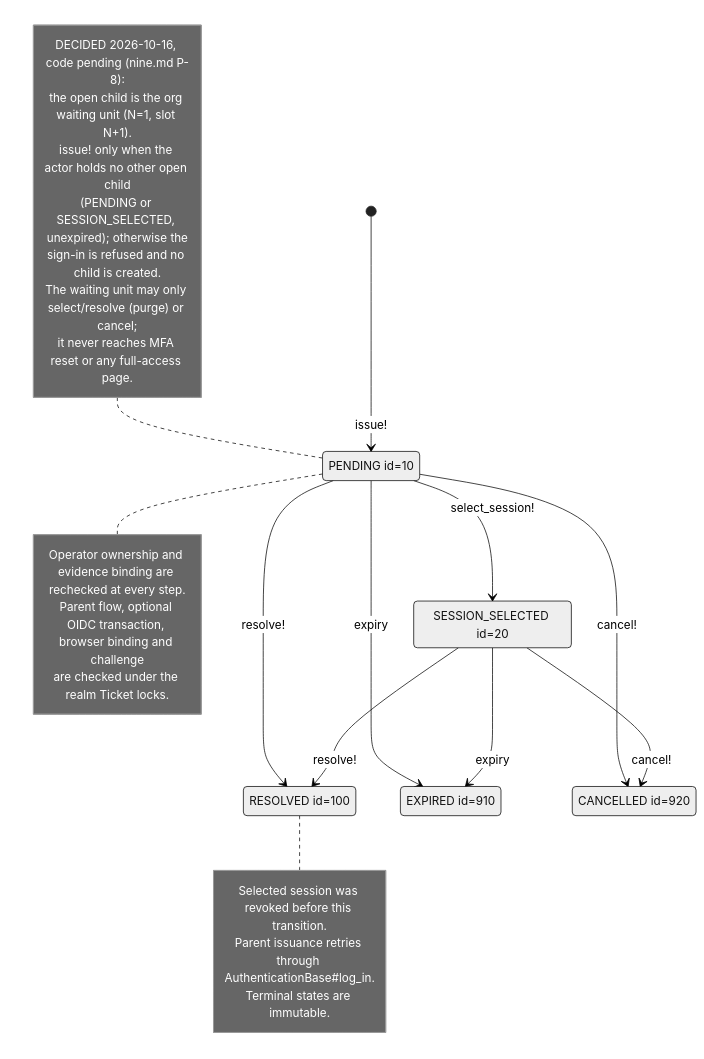
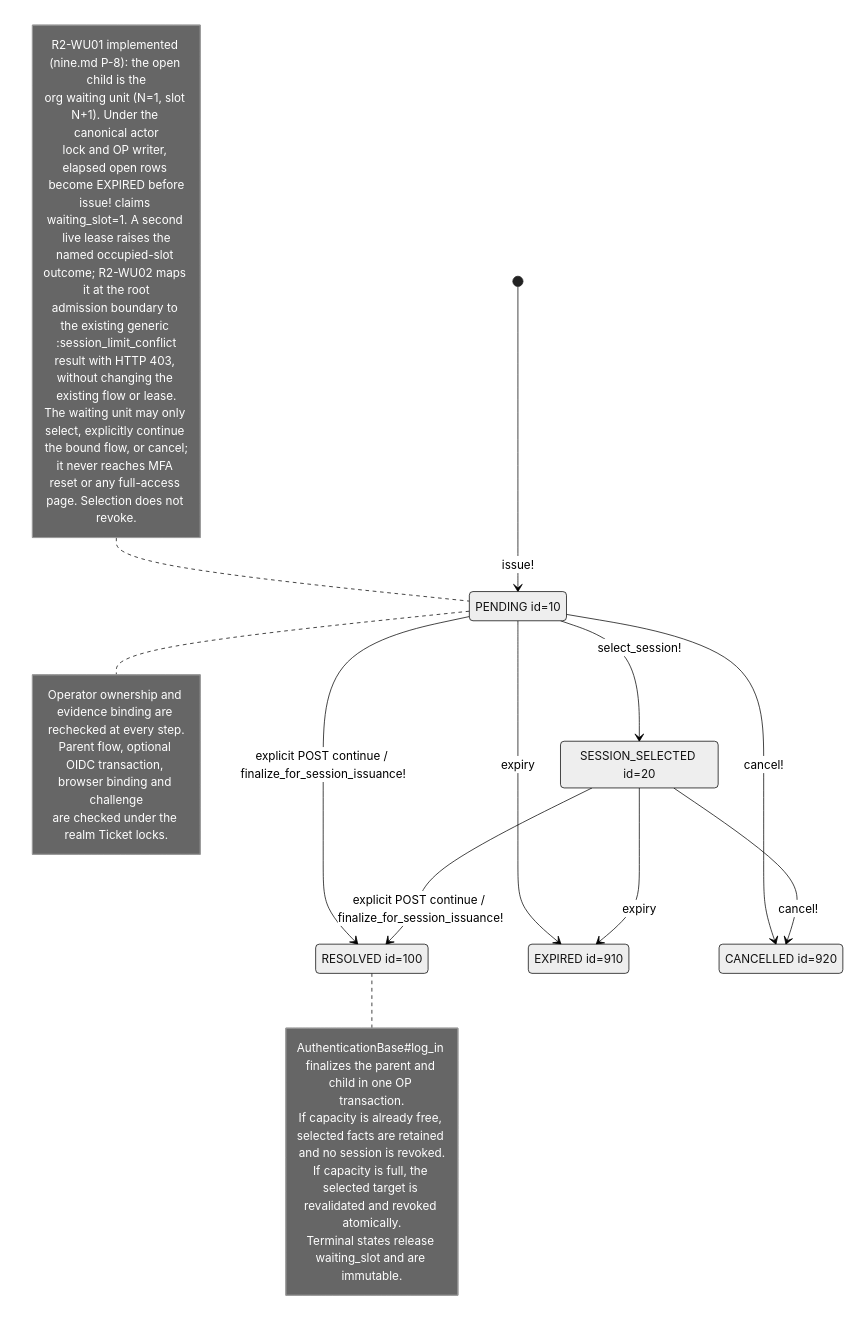
The diagram in docs/mermaid/idp-operator-session-limit-resolution.mmd (seahal/umaxica-apps-jit-global), drawn with Mermaid (neutral theme) before and after one commit. The commit also changed 1700 other files, not shown here.

```diff
--- a/docs/mermaid/idp-operator-session-limit-resolution.mmd
+++ b/docs/mermaid/idp-operator-session-limit-resolution.mmd
@@ -1,36 +1,39 @@
 stateDiagram-v2
     %% Durable child of OperatorSignInFlow; the parent stays SESSION_ISSUANCE_PENDING.
     state "PENDING id=10" as PENDING
     state "SESSION_SELECTED id=20" as SESSION_SELECTED
     state "RESOLVED id=100" as RESOLVED
     state "EXPIRED id=910" as EXPIRED
     state "CANCELLED id=920" as CANCELLED
 
     [*] --> PENDING: issue!
     PENDING --> SESSION_SELECTED: select_session!
-    PENDING --> RESOLVED: resolve!
+    PENDING --> RESOLVED: explicit POST continue / finalize_for_session_issuance!
     PENDING --> EXPIRED: expiry
     PENDING --> CANCELLED: cancel!
-    SESSION_SELECTED --> RESOLVED: resolve!
+    SESSION_SELECTED --> RESOLVED: explicit POST continue / finalize_for_session_issuance!
     SESSION_SELECTED --> EXPIRED: expiry
     SESSION_SELECTED --> CANCELLED: cancel!
 
     note right of PENDING
         Operator ownership and evidence binding are rechecked at every step.
         Parent flow, optional OIDC transaction, browser binding and challenge
         are checked under the realm Ticket locks.
     end note
     note left of PENDING
-        DECIDED 2026-10-16, code pending (nine.md P-8):
-        the open child is the org waiting unit (N=1, slot N+1).
-        issue! only when the actor holds no other open child
-        (PENDING or SESSION_SELECTED, unexpired); otherwise the
-        sign-in is refused and no child is created.
-        The waiting unit may only select/resolve (purge) or cancel;
-        it never reaches MFA reset or any full-access page.
+        R2-WU01 implemented (nine.md P-8): the open child is the
+        org waiting unit (N=1, slot N+1). Under the canonical actor
+        lock and OP writer, elapsed open rows become EXPIRED before
+        issue! claims waiting_slot=1. A second live lease raises the
+        named occupied-slot outcome; R2-WU02 maps it at the root
+        admission boundary to the existing generic :session_limit_conflict
+        result with HTTP 403, without changing the existing flow or lease.
+        The waiting unit may only select, explicitly continue the bound flow, or cancel;
+        it never reaches MFA reset or any full-access page. Selection does not revoke.
     end note
     note right of RESOLVED
-        Selected session was revoked before this transition.
-        Parent issuance retries through AuthenticationBase#log_in.
-        Terminal states are immutable.
+        AuthenticationBase#log_in finalizes the parent and child in one OP transaction.
+        If capacity is already free, selected facts are retained and no session is revoked.
+        If capacity is full, the selected target is revalidated and revoked atomically.
+        Terminal states release waiting_slot and are immutable.
     end note
```
